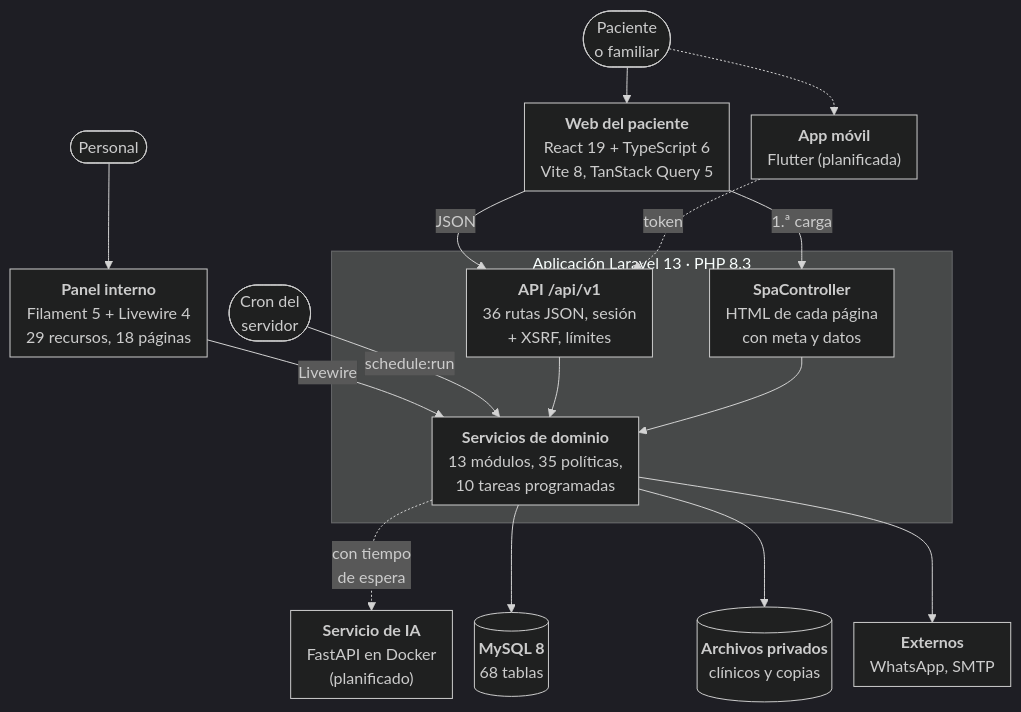
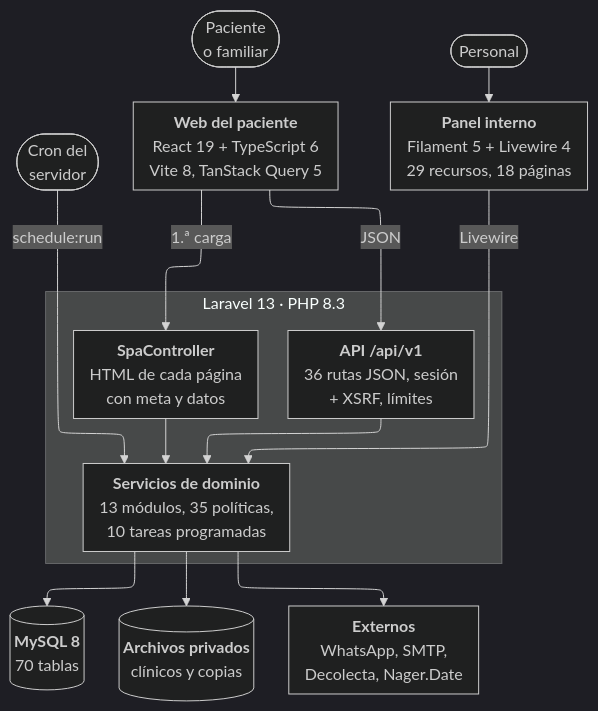
The diagram in docs/entregables/E1-requerimientos-y-diseno/diagramas/c2-contenedores.mmd (francalizaya266-sudo/venga-implantes), drawn with Mermaid (dark theme) before and after one commit. The commit also changed 19 other files, not shown here.

First line of the commit message:
docs(E1): sacar la app móvil y la IA del alcance y sumar lo que entró después

```diff
--- a/docs/entregables/E1-requerimientos-y-diseno/diagramas/c2-contenedores.mmd
+++ b/docs/entregables/E1-requerimientos-y-diseno/diagramas/c2-contenedores.mmd
@@ -1,31 +1,26 @@
-%%{init: {"flowchart": {"nodeSpacing": 22, "rankSpacing": 36, "padding": 8}}}%%
+%%{init: {"layout": "elk", "flowchart": {"nodeSpacing": 22, "rankSpacing": 36, "padding": 8}}}%%
 flowchart TB
   pac(["Paciente<br/>o familiar"])
   per(["Personal"])
   cron(["Cron del<br/>servidor"])
   spa["<b>Web del paciente</b><br/>React 19 + TypeScript 6<br/>Vite 8, TanStack Query 5"]
-  movil["<b>App móvil</b><br/>Flutter (planificada)"]
   pan["<b>Panel interno</b><br/>Filament 5 + Livewire 4<br/>29 recursos, 18 páginas"]
-  subgraph lar["Aplicación Laravel 13 · PHP 8.3"]
+  subgraph lar["Laravel 13 · PHP 8.3"]
     api["<b>API /api/v1</b><br/>36 rutas JSON, sesión<br/>+ XSRF, límites"]
     doc["<b>SpaController</b><br/>HTML de cada página<br/>con meta y datos"]
     srv["<b>Servicios de dominio</b><br/>13 módulos, 35 políticas,<br/>10 tareas programadas"]
   end
-  ia["<b>Servicio de IA</b><br/>FastAPI en Docker<br/>(planificado)"]
-  db[("<b>MySQL 8</b><br/>68 tablas")]
+  db[("<b>MySQL 8</b><br/>70 tablas")]
   fs[("<b>Archivos privados</b><br/>clínicos y copias")]
-  ext["<b>Externos</b><br/>WhatsApp, SMTP"]
+  ext["<b>Externos</b><br/>WhatsApp, SMTP,<br/>Decolecta, Nager.Date"]
   pac --> spa
-  pac -.-> movil
   per --> pan
   spa -- "JSON" --> api
   spa -- "1.ª carga" --> doc
-  movil -. "token" .-> api
   pan -- "Livewire" --> srv
   cron -- "schedule:run" --> srv
   api --> srv
   doc --> srv
-  srv -. "con tiempo<br/>de espera" .-> ia
   srv --> db
   srv --> fs
   srv --> ext
```
